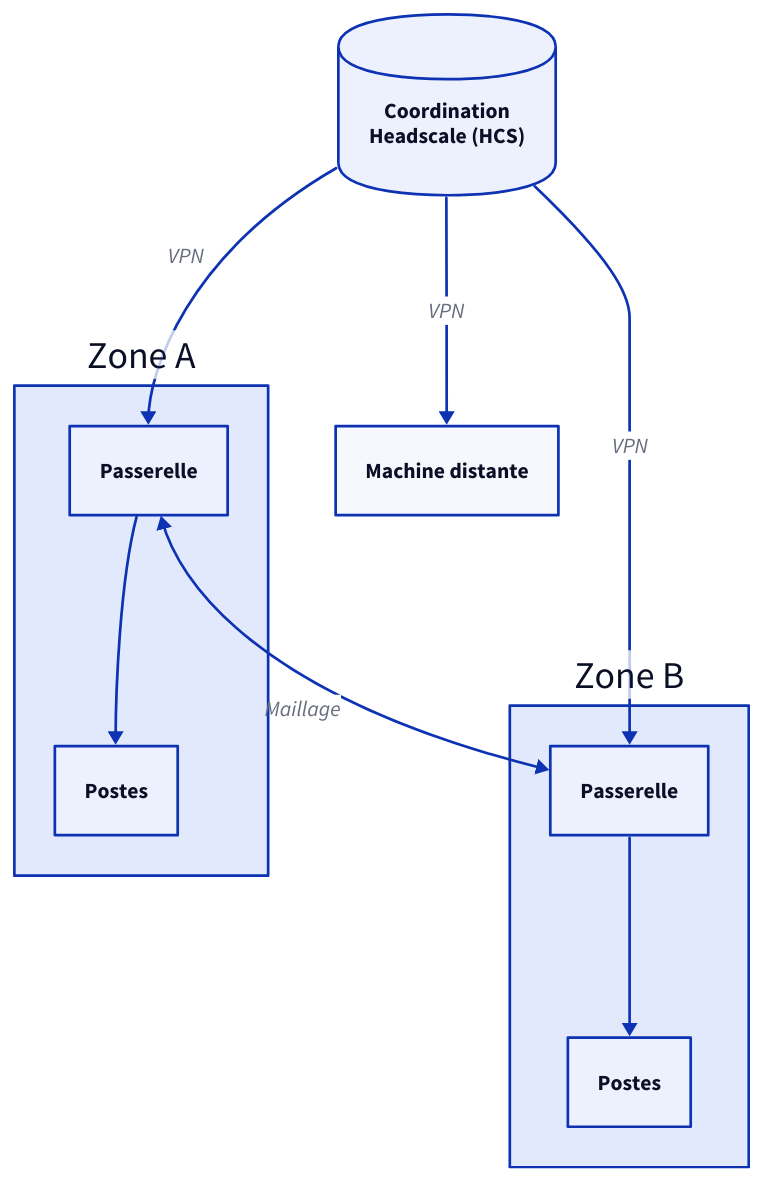
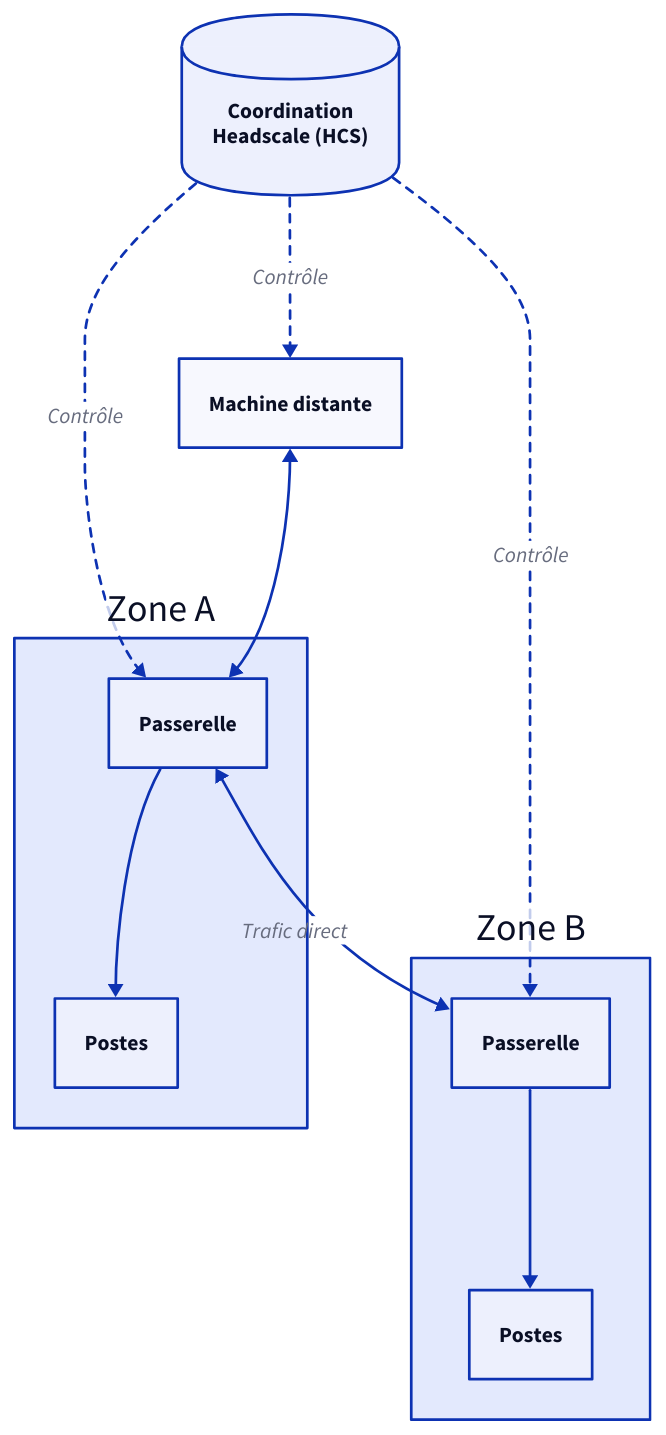
Before and after one commit to darkone-linux/dnf-doc: the third of 5 diagrams in src/content/docs/fr/doc/admin-guide/understand/network.mdx, drawn with D2. The commit also changed other lines of this file and 13 other files, not shown here.

````diff
--- a/src/content/docs/fr/doc/admin-guide/understand/network.mdx
+++ b/src/content/docs/fr/doc/admin-guide/understand/network.mdx
@@ -83,23 +83,24 @@
 ```d2
 style.fill: transparent
 direction: down
 
 hcs: Coordination\nHeadscale (HCS) { shape: cylinder }
 
 zoneA: Zone A {
   gwa: Passerelle
   la: Postes
   gwa -> la
 }
 zoneB: Zone B {
   gwb: Passerelle
   lb: Postes
   gwb -> lb
 }
 ext: Machine distante
 
-hcs -> zoneA.gwa: VPN
-hcs -> zoneB.gwb: VPN
-hcs -> ext: VPN
-zoneA.gwa <-> zoneB.gwb: Maillage
+hcs -> zoneA.gwa: Contrôle { style.stroke-dash: 3 }
+hcs -> zoneB.gwb: Contrôle { style.stroke-dash: 3 }
+hcs -> ext: Contrôle { style.stroke-dash: 3 }
+zoneA.gwa <-> zoneB.gwb: Trafic direct
+ext <-> zoneA.gwa
 ```
````
